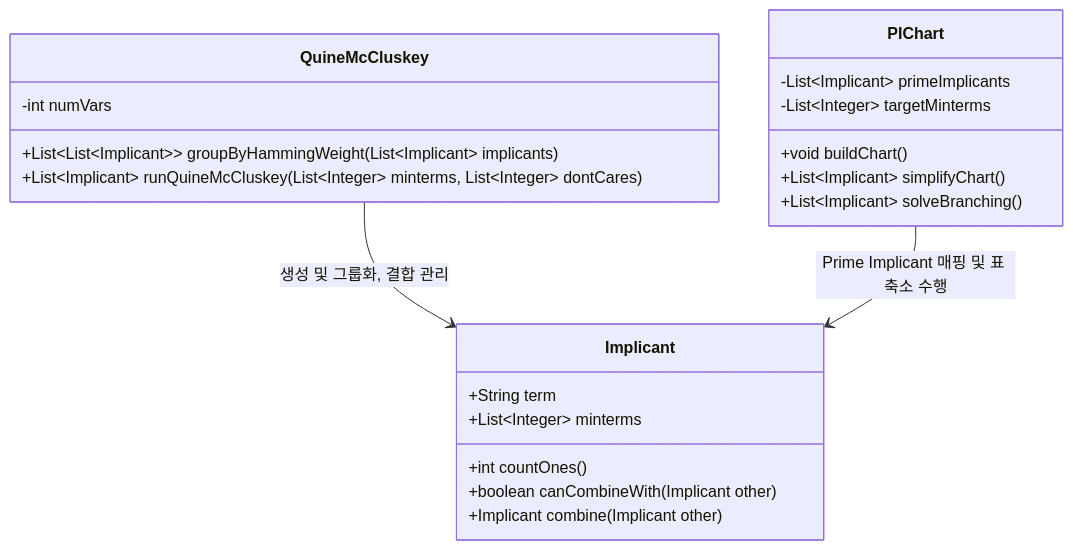
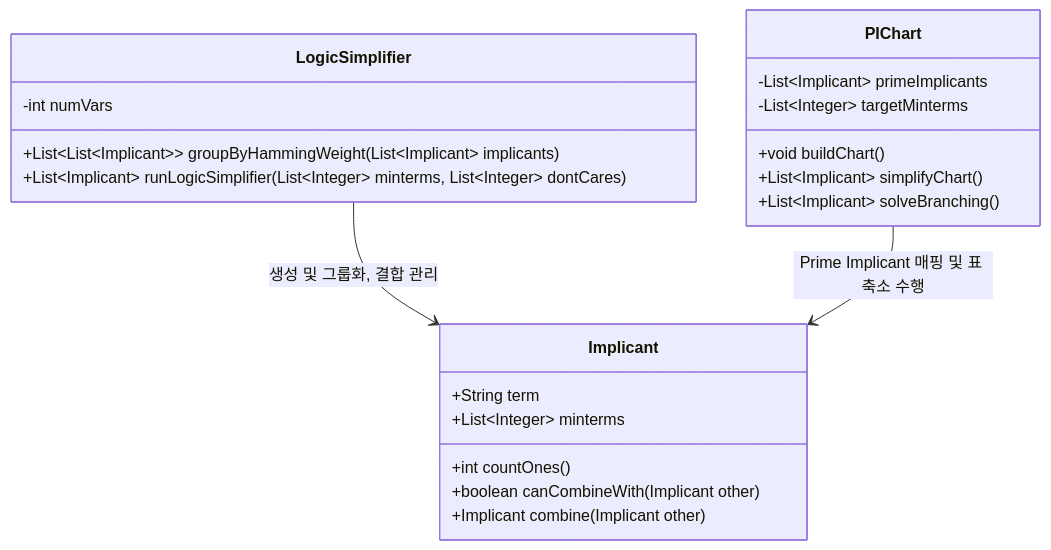
One commit to prestige-kim/Logic-Design changed the diagram in docs/data_structure_design.md. Above: the diagram before and after it, drawn with Mermaid. The commit also changed other lines of this file and 9 other files, not shown here.

Commit message:
Rename QuineMcCluskey class to LogicSimplifier across project and documentation

````diff
--- a/docs/data_structure_design.md
+++ b/docs/data_structure_design.md
@@ -11,27 +11,27 @@
 ```mermaid
 classDiagram
     class Implicant {
         +String term
         +List~Integer~ minterms
         +int countOnes()
         +boolean canCombineWith(Implicant other)
         +Implicant combine(Implicant other)
     }
 
-    class QuineMcCluskey {
+    class LogicSimplifier {
         -int numVars
         +List~List~Implicant~~ groupByHammingWeight(List~Implicant~ implicants)
-        +List~Implicant~ runQuineMcCluskey(List~Integer~ minterms, List~Integer~ dontCares)
+        +List~Implicant~ runLogicSimplifier(List~Integer~ minterms, List~Integer~ dontCares)
     }
 
     class PIChart {
         -List~Implicant~ primeImplicants
         -List~Integer~ targetMinterms
         +void buildChart()
         +List~Implicant~ simplifyChart()
         +List~Implicant~ solveBranching()
     }
 
-    QuineMcCluskey --> Implicant : 생성 및 그룹화, 결합 관리
+    LogicSimplifier --> Implicant : 생성 및 그룹화, 결합 관리
     PIChart --> Implicant : Prime Implicant 매핑 및 표 축소 수행
 ```
````
